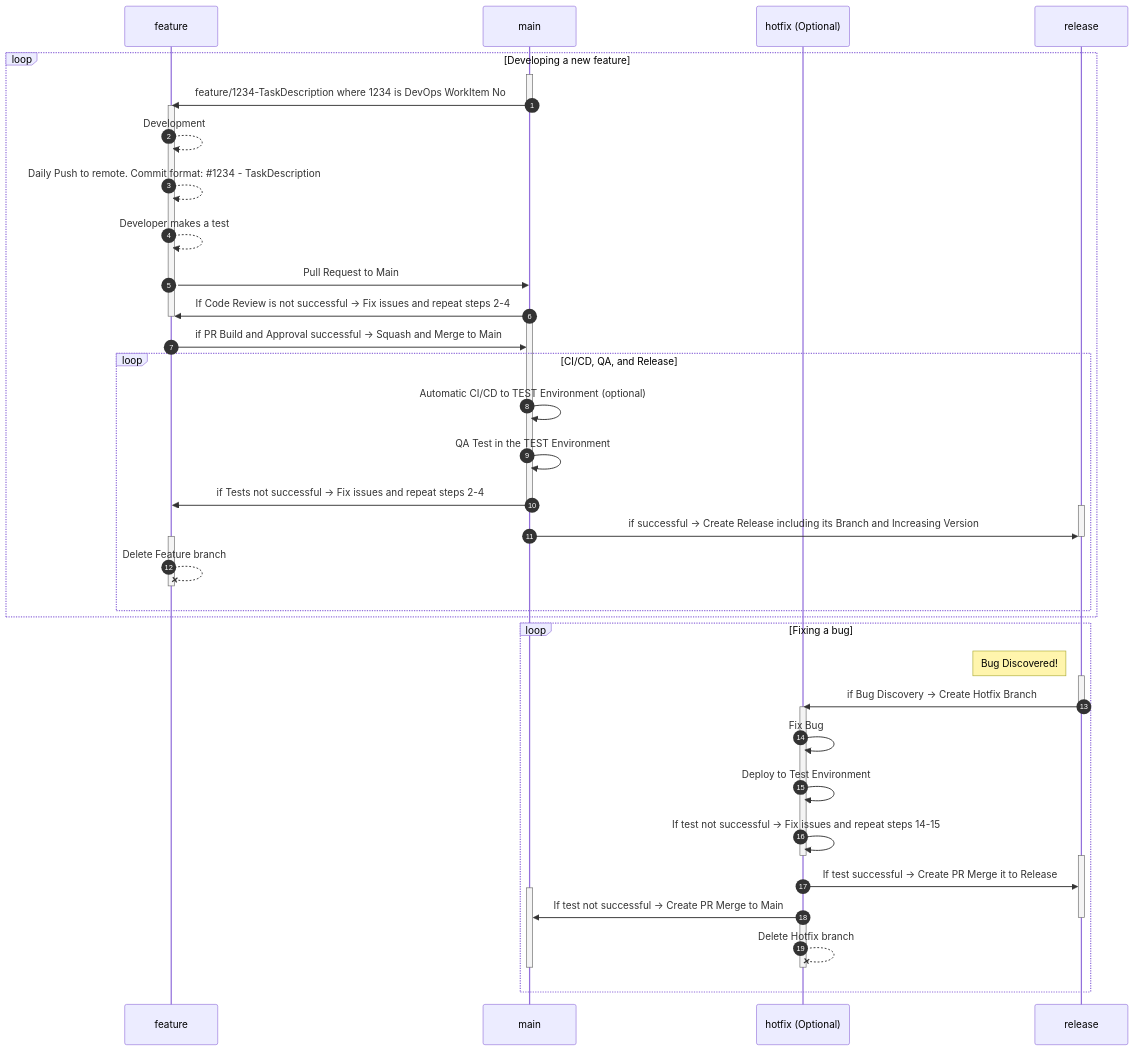
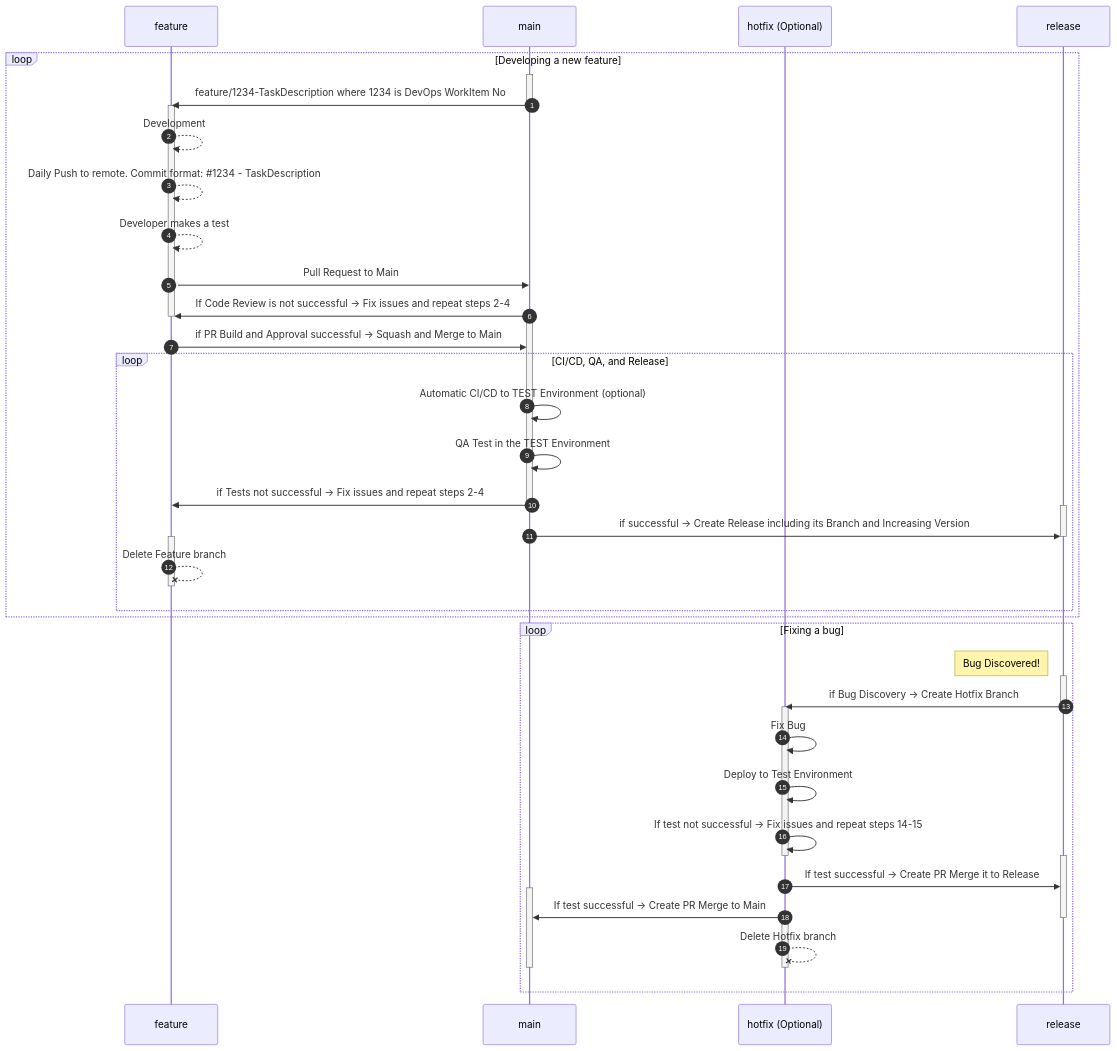
One commit to ciellosinc/Ciellos-BC-git-flow-template changed the diagram in Guides/BranchFlow.md. Above: the diagram before and after it, drawn with Mermaid.

Commit message:
Update BranchFlow.md (#14)

````diff
--- a/Guides/BranchFlow.md
+++ b/Guides/BranchFlow.md
@@ -12,59 +12,59 @@
 ```mermaid
 
 sequenceDiagram
     autonumber
     participant F as feature
     participant M as main
     participant H as hotfix (Optional)
     participant R as release
 
     loop Developing a new feature
         activate M
         M->>F: feature/1234-TaskDescription where 1234 is DevOps WorkItem No
         deactivate M
         activate F
         F-->>F: Development
         F-->>F: Daily Push to remote. Commit format: #35;1234 - TaskDescription
         F-->>F: Developer makes a test
         F->>M: Pull Request to Main
         M->>F: If Code Review is not successful -> Fix issues and repeat steps 2-4
         deactivate F
         activate M
         F->>M: if PR Build and Approval successful -> Squash and Merge to Main
 
     loop CI/CD, QA, and Release
         M->>M: Automatic CI/CD to TEST Environment (optional)
         M->>M: QA Test in the TEST Environment
         M->>F: if Tests not successful -> Fix issues and repeat steps 2-4
         deactivate M
         activate R
         M->>R: if successful -> Create Release including its Branch and Increasing Version
         deactivate R
         activate F
         F--xF: Delete Feature branch
         deactivate F
     end
     end
 
     loop Fixing a bug
         Note left of R: Bug Discovered!
         activate R
         R->>H: if Bug Discovery -> Create Hotfix Branch
         deactivate R
         activate H
         H->>H: Fix Bug
         H->>H: Deploy to Test Environment
         H->>H: If test not successful -> Fix issues and repeat steps 14-15
         deactivate H
         activate R
         H->>R: If test successful -> Create PR Merge it to Release
         activate M
-        H->>M: If test not successful -> Create PR Merge to Main
+        H->>M: If test successful -> Create PR Merge to Main
         deactivate R
         activate H
         H--xH: Delete Hotfix branch
         deactivate H
         deactivate M
     end
     
 ```
````
